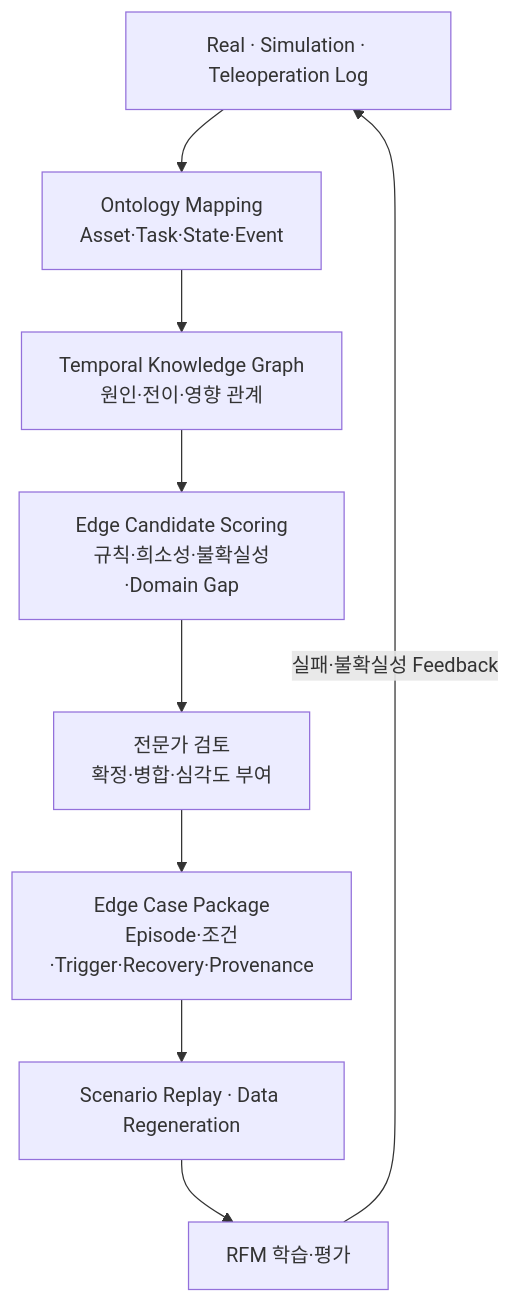
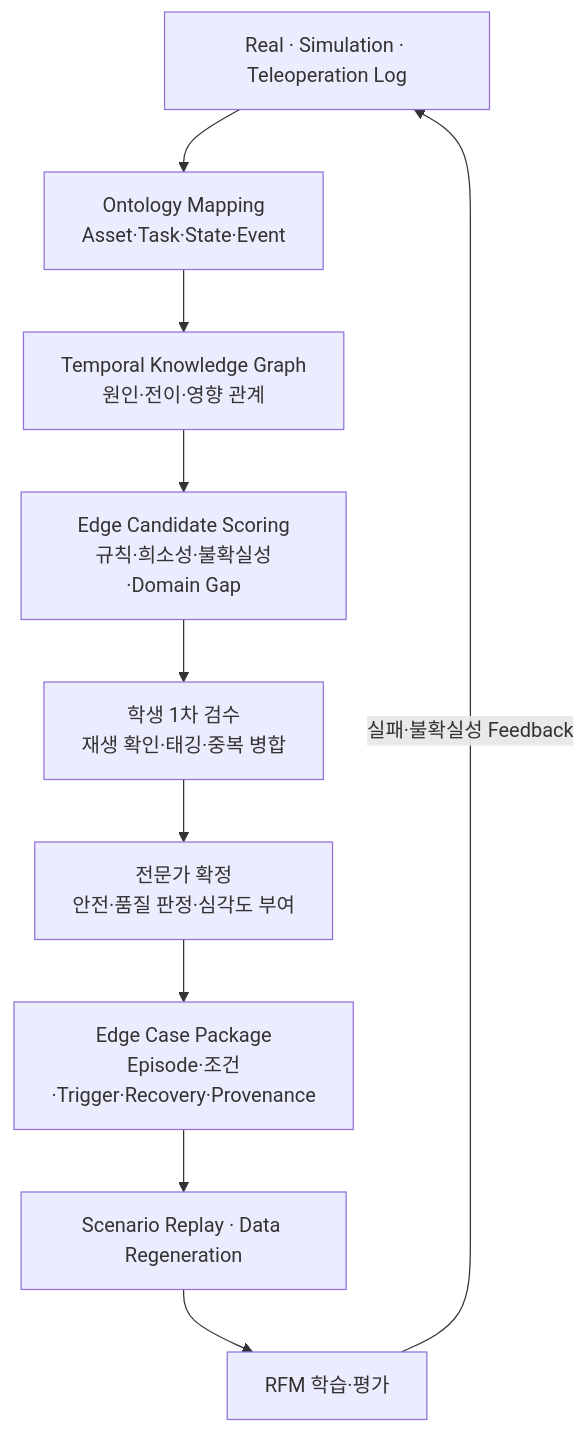
The fifth of 8 diagrams in homepage-src/docs/projects/manufacturing-data-factory-rfm/index.md (parclab-hsu/parclab-hsu.github.io), drawn with Mermaid before and after one commit. The commit also changed other lines of this file and 1 other file, not shown here.

````diff
--- a/homepage-src/docs/projects/manufacturing-data-factory-rfm/index.md
+++ b/homepage-src/docs/projects/manufacturing-data-factory-rfm/index.md
@@ -369,11 +419,12 @@
 ```mermaid
 flowchart TB
     RAW["Real · Simulation · Teleoperation Log"] --> MAP["Ontology Mapping<br/>Asset·Task·State·Event"]
     MAP --> GRAPH["Temporal Knowledge Graph<br/>원인·전이·영향 관계"]
     GRAPH --> SCORE["Edge Candidate Scoring<br/>규칙·희소성·불확실성·Domain Gap"]
-    SCORE --> REVIEW["전문가 검토<br/>확정·병합·심각도 부여"]
+    SCORE --> TRIAGE["학생 1차 검수<br/>재생 확인·태깅·중복 병합"]
+    TRIAGE --> REVIEW["전문가 확정<br/>안전·품질 판정·심각도 부여"]
     REVIEW --> PACK["Edge Case Package<br/>Episode·조건·Trigger·Recovery·Provenance"]
     PACK --> REPLAY["Scenario Replay · Data Regeneration"]
     REPLAY --> RFM["RFM 학습·평가"]
     RFM -->|실패·불확실성 Feedback| RAW
 ```
````
